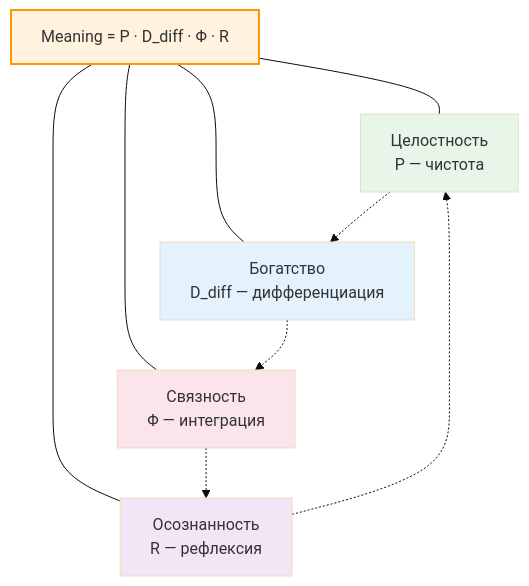
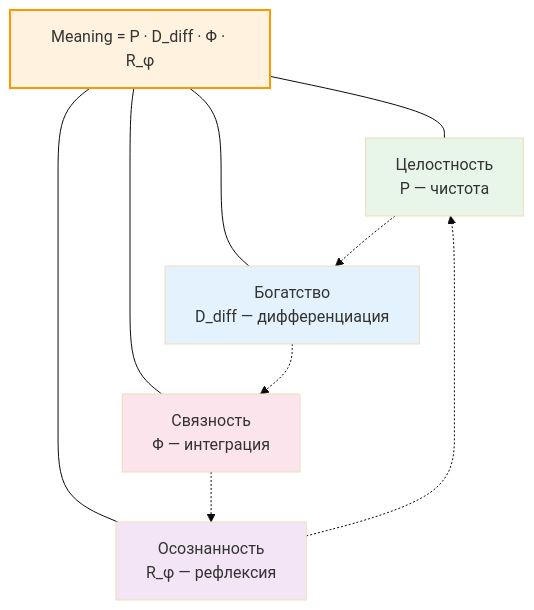
Before and after one commit to gst-st/uhm: the first of 2 diagrams in website/i18n/ru/docusaurus-plugin-content-docs/current/consciousness/ethics-meaning/meaning.md, drawn with Mermaid (base theme). The commit also changed other lines of this file and 55 other files, not shown here.

````diff
--- a/website/i18n/ru/docusaurus-plugin-content-docs/current/consciousness/ethics-meaning/meaning.md
+++ b/website/i18n/ru/docusaurus-plugin-content-docs/current/consciousness/ethics-meaning/meaning.md
@@ -178,24 +182,24 @@
 ```mermaid
 graph TD
-    M["Meaning = P · D_diff · Φ · R"]
+    M["Meaning = P · D_diff · Φ · R_φ"]
     P["Целостность<br/>P — чистота"]
     D["Богатство<br/>D_diff — дифференциация"]
     PHI["Связность<br/>Φ — интеграция"]
-    R["Осознанность<br/>R — рефлексия"]
+    R["Осознанность<br/>R_φ — рефлексия"]
 
     M --- P
     M --- D
     M --- PHI
     M --- R
 
     P -.-> D
     D -.-> PHI
     PHI -.-> R
     R -.-> P
 
     style M fill:#fff3e0,stroke:#ff9800,stroke-width:2px
     style P fill:#e8f5e9
     style D fill:#e3f2fd
     style PHI fill:#fce4ec
     style R fill:#f3e5f5
 ```
````
